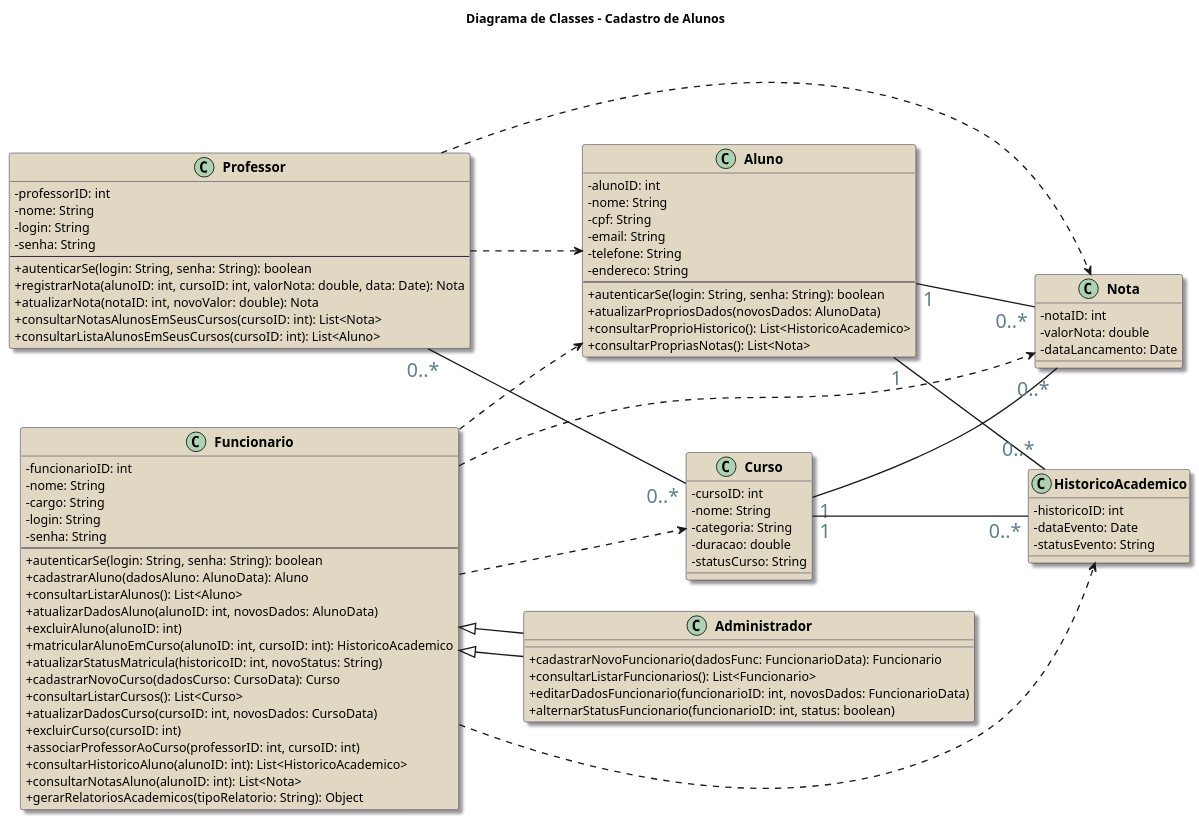
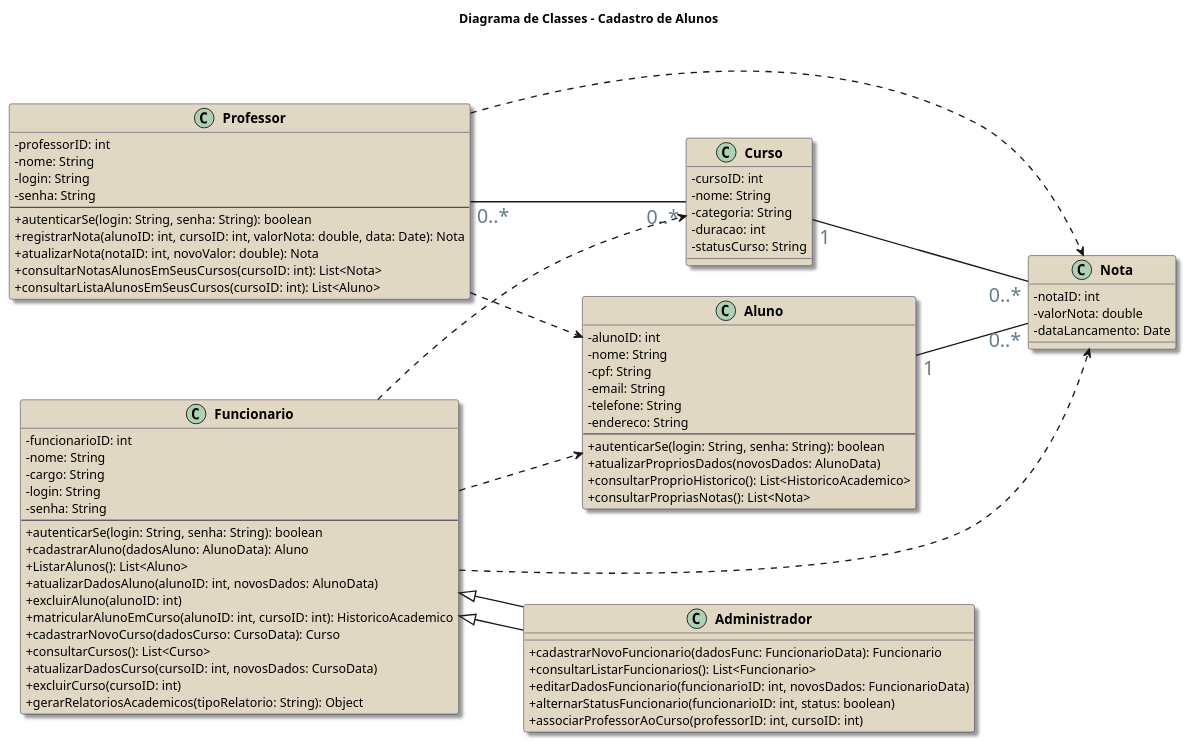
Before and after one commit to marcelopinotti/A3-Cadastro_de_Alunos: the diagram in Modelagem/Diagrama de Classe/DiagramadeClasse.iuml, drawn with PlantUML. The commit also changed 22 other files, not shown here.

```diff
--- a/Modelagem/Diagrama de Classe/DiagramadeClasse.iuml
+++ b/Modelagem/Diagrama de Classe/DiagramadeClasse.iuml
@@ -1,117 +1,107 @@
 @startuml
 title Diagrama de Classes - Cadastro de Alunos
 
 left to right direction
 skinparam packageStyle rectangle
 skinparam classAttributeIconSize 0 
 
 skinparam classBorderColor #191139
 skinparam ClassFontSize 15
 skinparam arrowThickness 1.5
 skinparam arrowFontColor #607D8B
 skinparam arrowFontSize 22
 skinparam shadowing true
 skinparam classFontStyle bold
 skinparam classBackgroundColor #E0D8C2
 
 
 class Aluno {
   - alunoID: int
   - nome: String
   - cpf: String
   - email: String
   - telefone: String
   - endereco: String
   --
   + autenticarSe(login: String, senha: String): boolean
   + atualizarPropriosDados(novosDados: AlunoData)
   + consultarProprioHistorico(): List<HistoricoAcademico>
   + consultarPropriasNotas(): List<Nota>
 }
 
 class Funcionario {
   - funcionarioID: int
   - nome: String
   - cargo: String
   - login: String
   - senha: String
   --
   + autenticarSe(login: String, senha: String): boolean
   + cadastrarAluno(dadosAluno: AlunoData): Aluno
-  + consultarListarAlunos(): List<Aluno>
+  + ListarAlunos(): List<Aluno>
   + atualizarDadosAluno(alunoID: int, novosDados: AlunoData)
   + excluirAluno(alunoID: int)
   + matricularAlunoEmCurso(alunoID: int, cursoID: int): HistoricoAcademico
-  + atualizarStatusMatricula(historicoID: int, novoStatus: String)
   + cadastrarNovoCurso(dadosCurso: CursoData): Curso
-  + consultarListarCursos(): List<Curso>
+  + consultarCursos(): List<Curso>
   + atualizarDadosCurso(cursoID: int, novosDados: CursoData)
   + excluirCurso(cursoID: int)
-  + associarProfessorAoCurso(professorID: int, cursoID: int)
-  + consultarHistoricoAluno(alunoID: int): List<HistoricoAcademico>
-  + consultarNotasAluno(alunoID: int): List<Nota>
-  + gerarRelatoriosAcademicos(tipoRelatorio: String): Object
+  + gerarRelatoriosAcademicos(tipoRelatorio: String): Object 
 }
 
 class Administrador extends Funcionario {
   + cadastrarNovoFuncionario(dadosFunc: FuncionarioData): Funcionario
   + consultarListarFuncionarios(): List<Funcionario>
   + editarDadosFuncionario(funcionarioID: int, novosDados: FuncionarioData)
   + alternarStatusFuncionario(funcionarioID: int, status: boolean)
+  + associarProfessorAoCurso(professorID: int, cursoID: int)
 }
 
 class Professor {
   - professorID: int
   - nome: String
   - login: String
   - senha: String
   --
   + autenticarSe(login: String, senha: String): boolean
   + registrarNota(alunoID: int, cursoID: int, valorNota: double, data: Date): Nota
   + atualizarNota(notaID: int, novoValor: double): Nota
   + consultarNotasAlunosEmSeusCursos(cursoID: int): List<Nota>
   + consultarListaAlunosEmSeusCursos(cursoID: int): List<Aluno>
 }
 
 class Curso {
   - cursoID: int
   - nome: String
   - categoria: String
-  - duracao: double
+  - duracao: int
   - statusCurso: String
 }
 
 class Nota {
   - notaID: int
   - valorNota: double
   - dataLancamento: Date
 }
 
-class HistoricoAcademico {
-  - historicoID: int
-  - dataEvento: Date
-  - statusEvento: String
-}
 
 
 Funcionario <|-- Administrador
 
 
 Aluno "1" -- "0..*" Nota
 Curso "1" -- "0..*" Nota
 
-Aluno "1" -- "0..*" HistoricoAcademico
-Curso "1" -- "0..*" HistoricoAcademico
 
 Professor "0..*" -- "0..*" Curso
 
 Funcionario ..> Aluno
 Funcionario ..> Curso
 Funcionario ..> Nota
-Funcionario ..> HistoricoAcademico
+
 
 
 Professor ..> Nota
 Professor ..> Aluno
 
 @enduml
```
